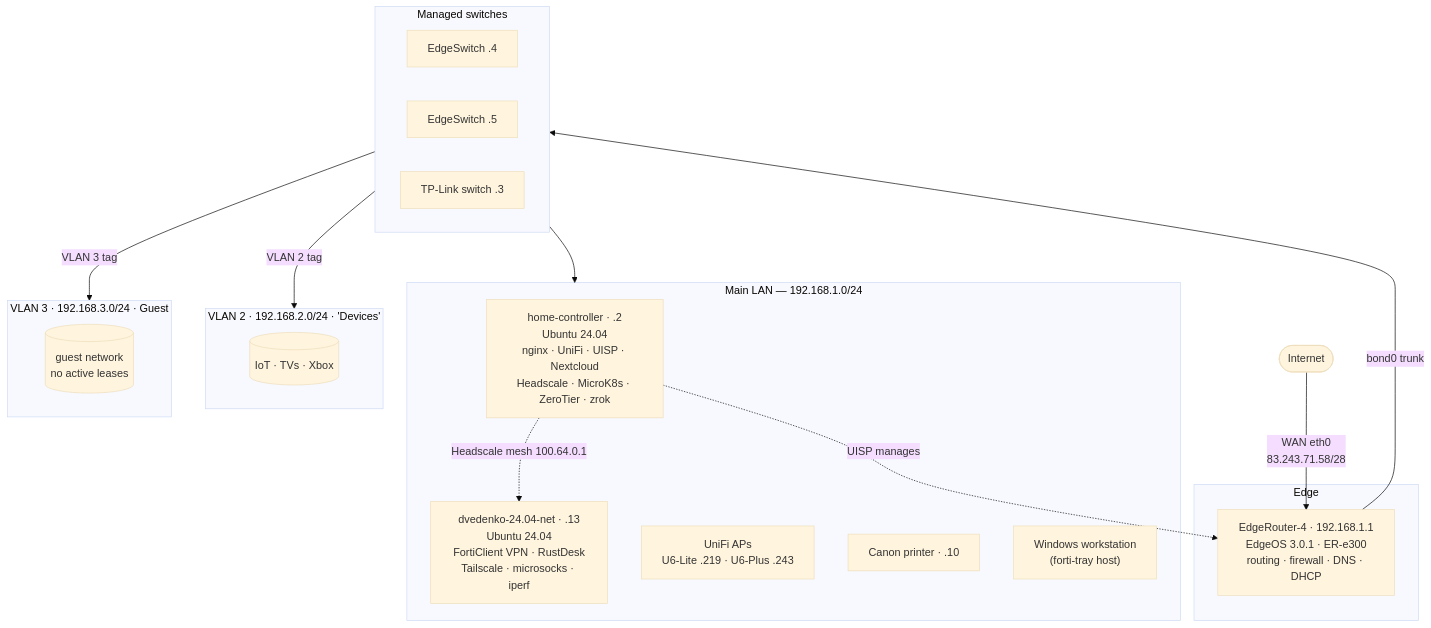
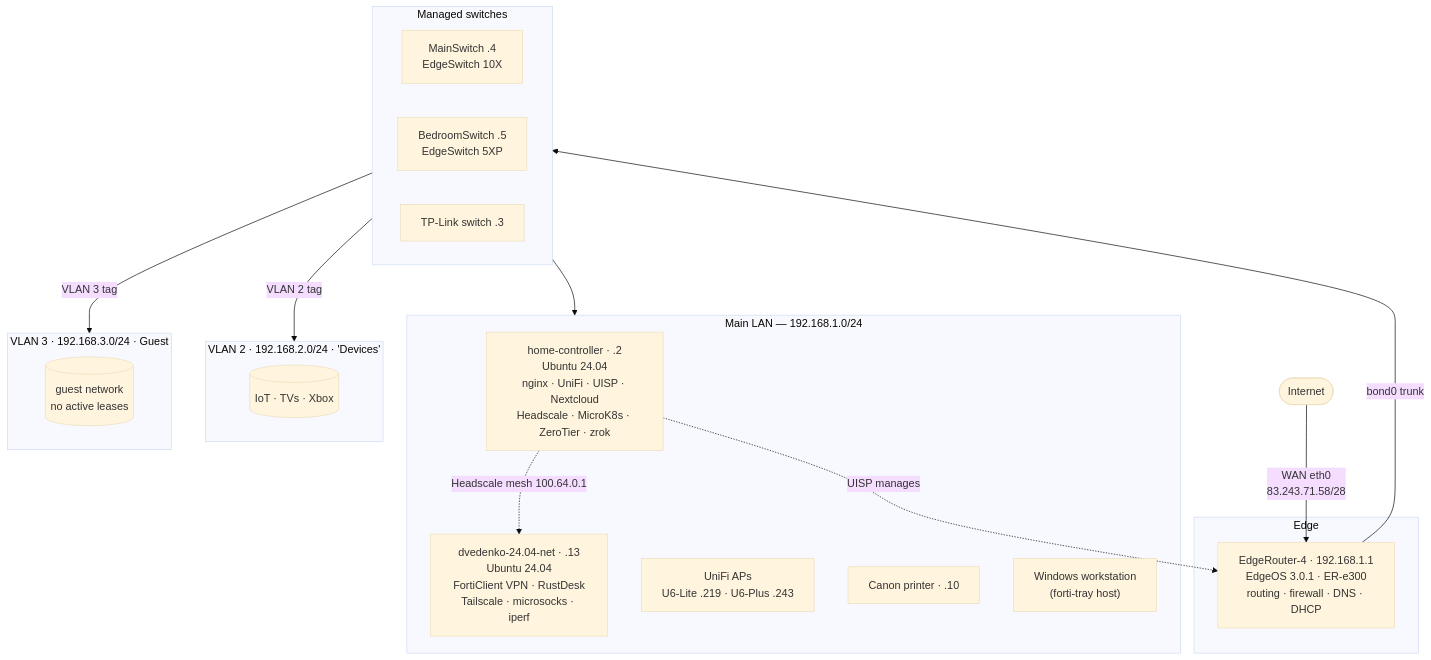
Before and after one commit to crsib/home-network-config: the diagram in docs/topology.md, drawn with Mermaid (base theme). The commit also changed other lines of this file and 3 other files, not shown here.

First line of the commit message:
Identify switches via UISP API: EdgeSwitch 10X + 5XP

````diff
--- a/docs/topology.md
+++ b/docs/topology.md
@@ -7,39 +7,39 @@
 ```mermaid
 graph TD
     INET([Internet])
     INET -->|WAN eth0<br/>83.243.71.58/28| ER
 
     subgraph Edge
         ER["EdgeRouter-4 · 192.168.1.1<br/>EdgeOS 3.0.1 · ER-e300<br/>routing · firewall · DNS · DHCP"]
     end
 
     ER -->|bond0 trunk| SW
 
     subgraph SW["Managed switches"]
-        S4["EdgeSwitch .4"]
-        S5["EdgeSwitch .5"]
+        S4["MainSwitch .4<br/>EdgeSwitch 10X"]
+        S5["BedroomSwitch .5<br/>EdgeSwitch 5XP"]
         S3["TP-Link switch .3"]
     end
 
     SW --> LAN
     SW -->|VLAN 2 tag| VLAN2
     SW -->|VLAN 3 tag| VLAN3
 
     subgraph LAN["Main LAN — 192.168.1.0/24"]
         HC["home-controller · .2<br/>Ubuntu 24.04<br/>nginx · UniFi · UISP · Nextcloud<br/>Headscale · MicroK8s · ZeroTier · zrok"]
         FB["dvedenko-24.04-net · .13<br/>Ubuntu 24.04<br/>FortiClient VPN · RustDesk<br/>Tailscale · microsocks · iperf"]
         AP["UniFi APs<br/>U6-Lite .219 · U6-Plus .243"]
         PR["Canon printer · .10"]
         WS["Windows workstation<br/>(forti-tray host)"]
     end
 
     subgraph VLAN2["VLAN 2 · 192.168.2.0/24 · 'Devices'"]
         V2[("IoT · TVs · Xbox")]
     end
     subgraph VLAN3["VLAN 3 · 192.168.3.0/24 · Guest"]
         V3[("guest network<br/>no active leases")]
     end
 
     HC -.->|UISP manages| ER
     HC -.->|Headscale mesh 100.64.0.1| FB
 ```
````
